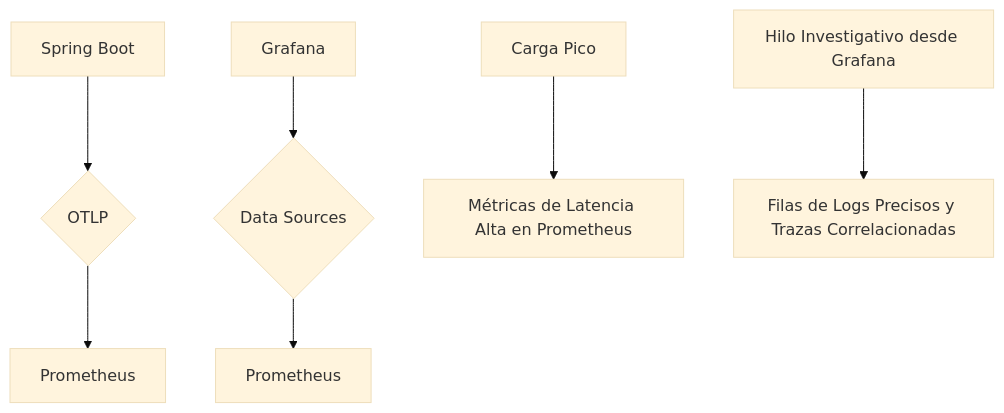
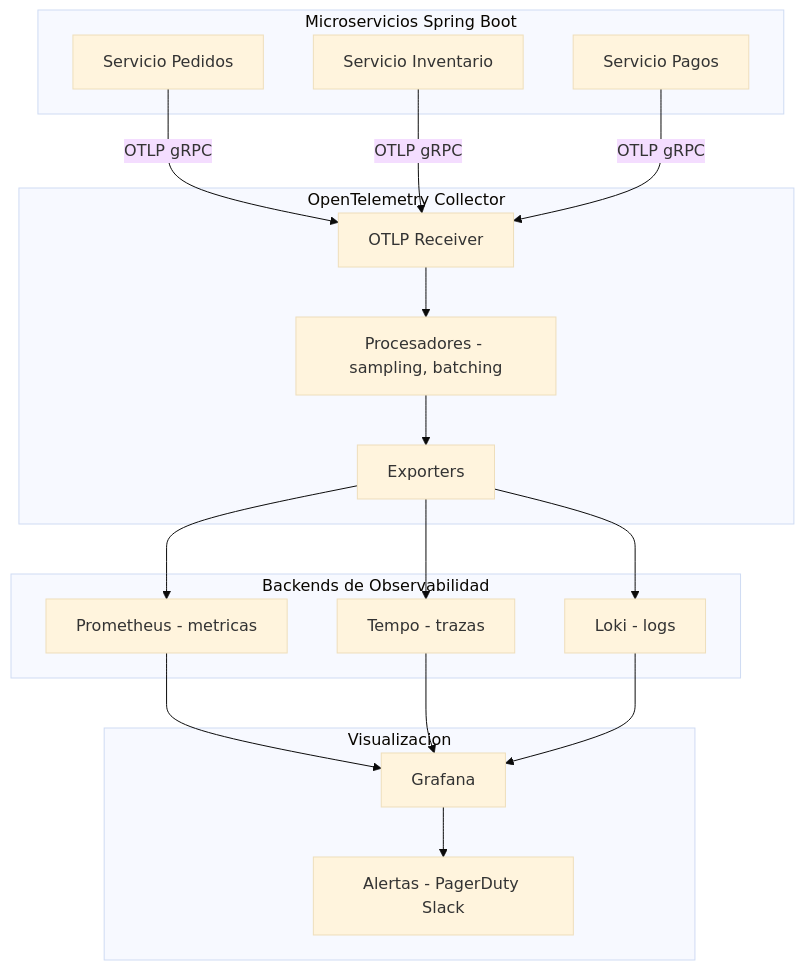
The second of 4 diagrams in 03_Spring_Ecosystem/observabilidad_distribuida_en_spring_boot_3.3_con_opentelemetry_y_grafana_loki:_correlación_de_trazas_y_logs_STAFF.md (Joaquinriosheredia/DAM-Java-Mastery), drawn with Mermaid (base theme) before and after one commit. The commit also changed other lines of this file and 1 other file, not shown here.

Commit message:
feat: Microservicios Reactivos y Observabilidad — guías Staff refinadas

````diff
--- a/03_Spring_Ecosystem/observabilidad_distribuida_en_spring_boot_3.3_con_opentelemetry_y_grafana_loki:_correlación_de_trazas_y_logs_STAFF.md
+++ b/03_Spring_Ecosystem/observabilidad_distribuida_en_spring_boot_3.3_con_opentelemetry_y_grafana_loki:_correlación_de_trazas_y_logs_STAFF.md
@@ -486,9 +66,34 @@
 ```mermaid
 graph TD
-  A[Spring Boot] --> B{OTLP}
-  B --> C[Prometheus]
-  D[Grafana] --> E{Data Sources}
-  E --> F[Prometheus]
-  G[Carga Pico] --> H[Métricas de Latencia Alta en Prometheus]
-  I[Hilo Investigativo desde Grafana] --> J[Filas de Logs Precisos y Trazas Correlacionadas]
+    subgraph Microservicios Spring Boot
+        A[Servicio Pedidos]
+        B[Servicio Inventario]
+        C[Servicio Pagos]
+    end
+    subgraph OpenTelemetry Collector
+        D[OTLP Receiver]
+        E[Procesadores - sampling, batching]
+        F[Exporters]
+    end
+    subgraph Backends de Observabilidad
+        G[Prometheus - metricas]
+        H[Tempo - trazas]
+        I[Loki - logs]
+    end
+    subgraph Visualizacion
+        J[Grafana]
+        K[Alertas - PagerDuty Slack]
+    end
+    A -->|OTLP gRPC| D
+    B -->|OTLP gRPC| D
+    C -->|OTLP gRPC| D
+    D --> E
+    E --> F
+    F --> G
+    F --> H
+    F --> I
+    G --> J
+    H --> J
+    I --> J
+    J --> K
 ```
````
